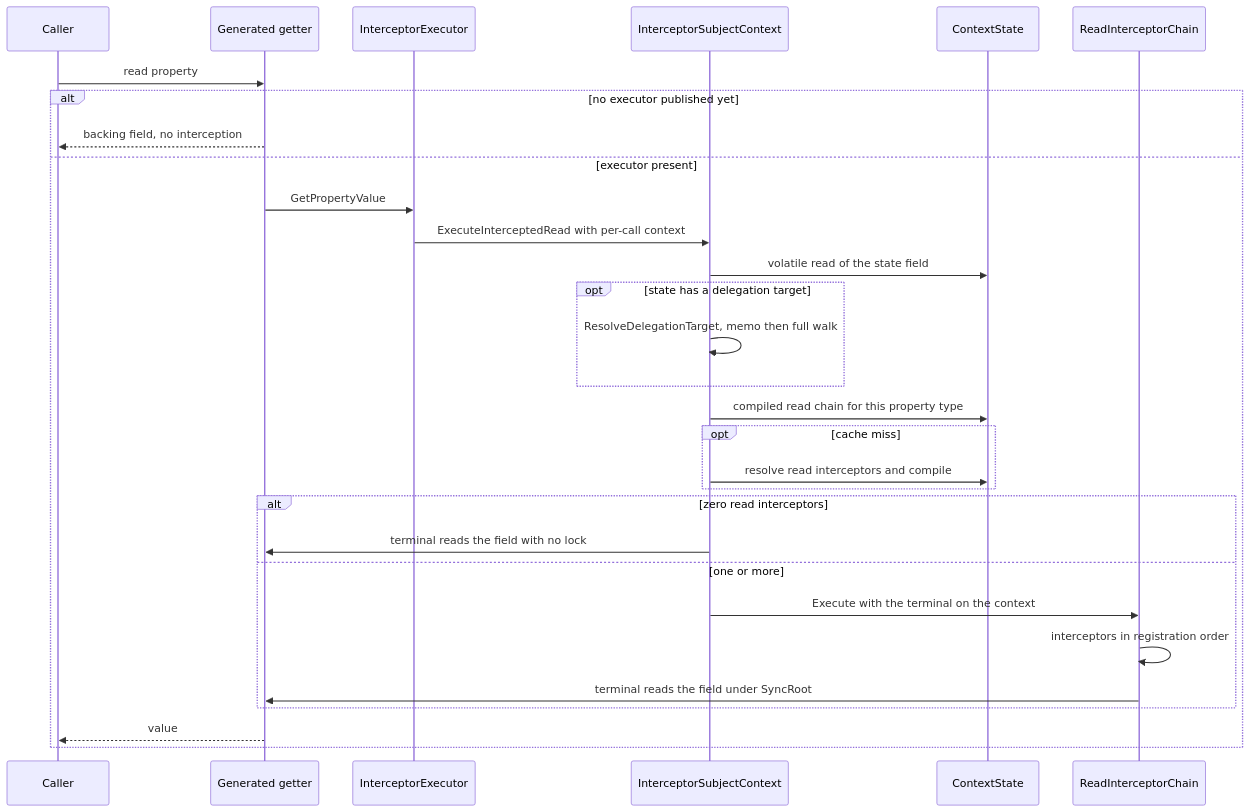
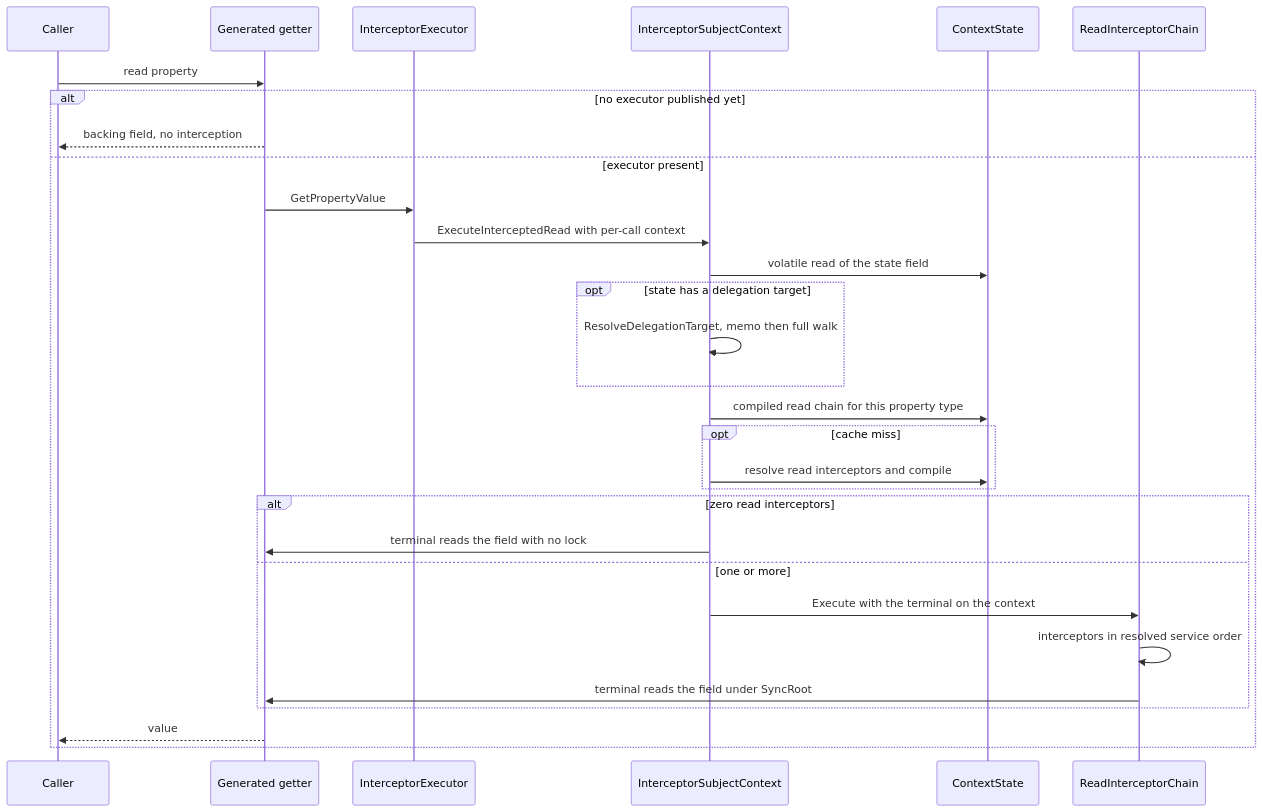
One commit to RicoSuter/Namotion.Interceptor changed the first of 4 diagrams in docs/design/core-context.md. Above: the diagram before and after it, drawn with Mermaid. The commit also changed other lines of this file, not shown here.

````diff
--- a/docs/design/core-context.md
+++ b/docs/design/core-context.md
@@ -323,32 +325,32 @@
 ```mermaid
 sequenceDiagram
     participant Caller
     participant Getter as Generated getter
     participant Executor as InterceptorExecutor
     participant Context as InterceptorSubjectContext
     participant State as ContextState
     participant Chain as ReadInterceptorChain
     Caller->>Getter: read property
     alt no executor published yet
         Getter-->>Caller: backing field, no interception
     else executor present
         Getter->>Executor: GetPropertyValue
         Executor->>Context: ExecuteInterceptedRead with per-call context
         Context->>State: volatile read of the state field
         opt state has a delegation target
             Context->>Context: ResolveDelegationTarget, memo then full walk
         end
         Context->>State: compiled read chain for this property type
         opt cache miss
             Context->>State: resolve read interceptors and compile
         end
         alt zero read interceptors
             Context->>Getter: terminal reads the field with no lock
         else one or more
             Context->>Chain: Execute with the terminal on the context
-            Chain->>Chain: interceptors in registration order
+            Chain->>Chain: interceptors in resolved service order
             Chain->>Getter: terminal reads the field under SyncRoot
         end
         Getter-->>Caller: value
     end
 ```
````
